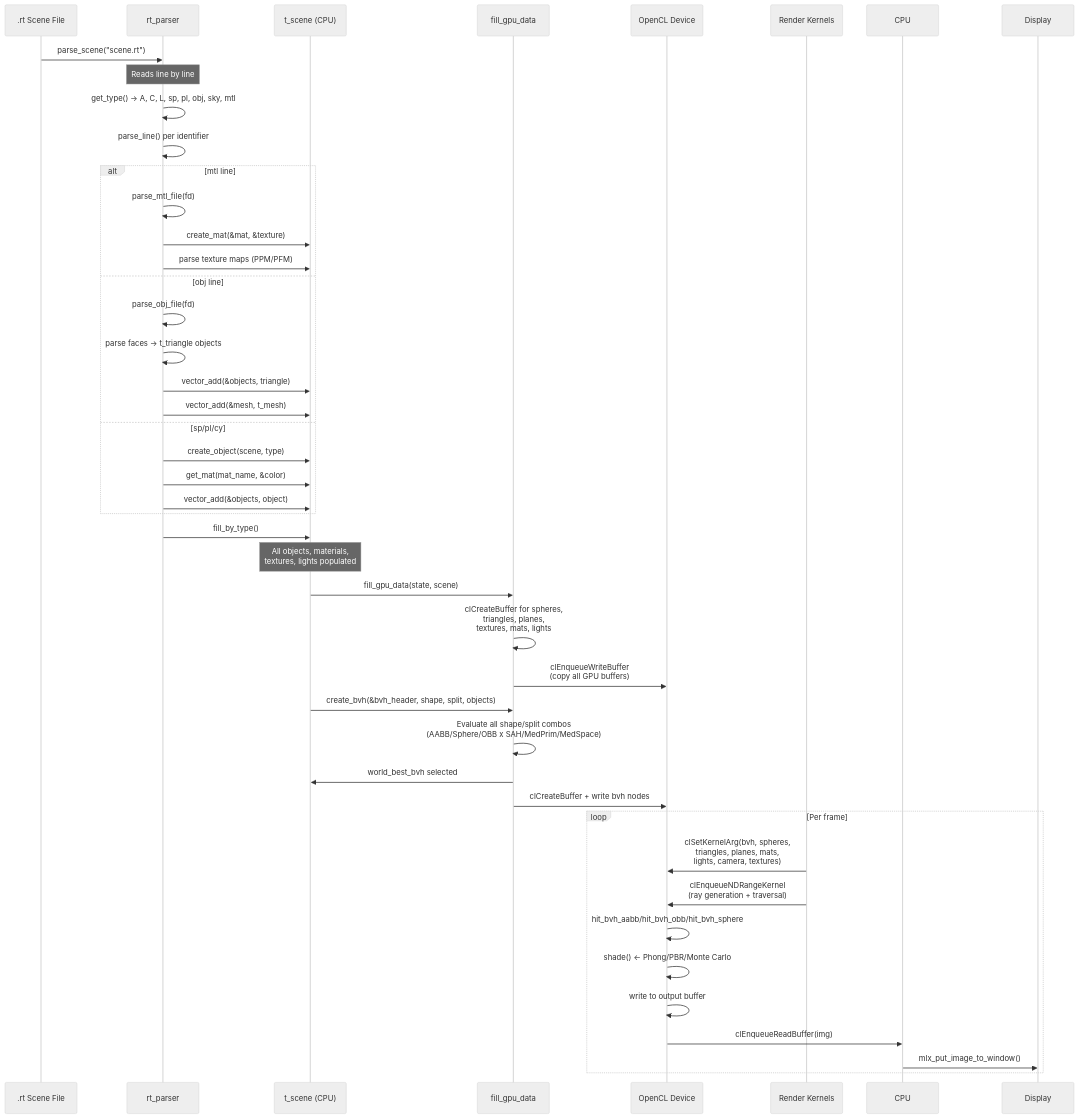
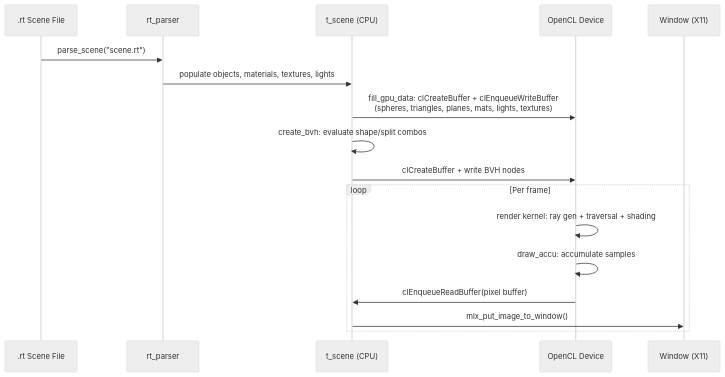
Before and after one commit to PabloBellissant/Minirt: the second of 2 diagrams in docs/01-architecture.md, drawn with Mermaid (neutral theme). The commit also changed other lines of this file and 14 other files, not shown here.

````diff
--- a/docs/01-architecture.md
+++ b/docs/01-architecture.md
@@ -174,53 +166,23 @@
 ```mermaid
 sequenceDiagram
     participant File as .rt Scene File
     participant Parser as rt_parser
     participant Scene as t_scene (CPU)
-    participant Fill as fill_gpu_data
     participant GPU as OpenCL Device
-    participant Kernels as Render Kernels
+    participant Display as Window (X11)
 
     File->>Parser: parse_scene("scene.rt")
-    Note over Parser: Reads line by line
+    Parser->>Scene: populate objects, materials, textures, lights
 
-    Parser->>Parser: get_type() -> A, C, L, sp, pl, obj, sky, mtl
-    Parser->>Parser: parse_line() per identifier
+    Scene->>GPU: fill_gpu_data: clCreateBuffer + clEnqueueWriteBuffer<br/>(spheres, triangles, planes, mats, lights, textures)
 
-    alt mtl line
-        Parser->>Parser: parse_mtl_file(fd)
-        Parser->>Scene: create_mat(&mat, &texture)
-        Parser->>Scene: parse texture maps (PPM/PFM)
-    else obj line
-        Parser->>Parser: parse_obj_file(fd)
-        Parser->>Parser: parse faces -> t_triangle objects
-        Parser->>Scene: vector_add(&objects, triangle)
-        Parser->>Scene: vector_add(&mesh, t_mesh)
-    else sp/pl/cy
-        Parser->>Scene: create_object(scene, type)
-        Parser->>Scene: get_mat(mat_name, &color)
-        Parser->>Scene: vector_add(&objects, object)
-    end
-
-    Parser->>Scene: fill_by_type()
-    Note over Scene: All objects, materials,<br/>textures, lights populated
-
-    Scene->>Fill: fill_gpu_data(state, scene)
-    Fill->>Fill: clCreateBuffer for spheres,<br/>triangles, planes,<br/>textures, mats, lights
-
-    Fill->>GPU: clEnqueueWriteBuffer<br/>(copy all GPU buffers)
-
-    Scene->>Fill: create_bvh(&bvh_header, shape, split, objects)
-    Fill->>Fill: Evaluate all shape/split combos<br/>(AABB/Sphere/OBB x SAH/MedPrim/MedSpace)
-    Fill->>Scene: world_best_bvh selected
-    Fill->>GPU: clCreateBuffer + write bvh nodes
+    Scene->>Scene: create_bvh: evaluate shape/split combos
+    Scene->>GPU: clCreateBuffer + write BVH nodes
 
     loop Per frame
-        Kernels->>GPU: clSetKernelArg(bvh, spheres,<br/>triangles, planes, mats,<br/>lights, camera, textures)
-        Kernels->>GPU: clEnqueueNDRangeKernel<br/>(ray generation + traversal)
-        GPU->>GPU: hit_bvh_aabb/hit_bvh_obb/hit_bvh_sphere
-        GPU->>GPU: shade() <- Phong/PBR/Monte Carlo
-        GPU->>GPU: write to output buffer
-        GPU->>CPU: clEnqueueReadBuffer(img)
-        CPU->>Display: mlx_put_image_to_window()
+        GPU->>GPU: render kernel: ray gen + traversal + shading
+        GPU->>GPU: draw_accu: accumulate samples
+        GPU->>Scene: clEnqueueReadBuffer(pixel buffer)
+        Scene->>Display: mlx_put_image_to_window()
     end
 ```
````
